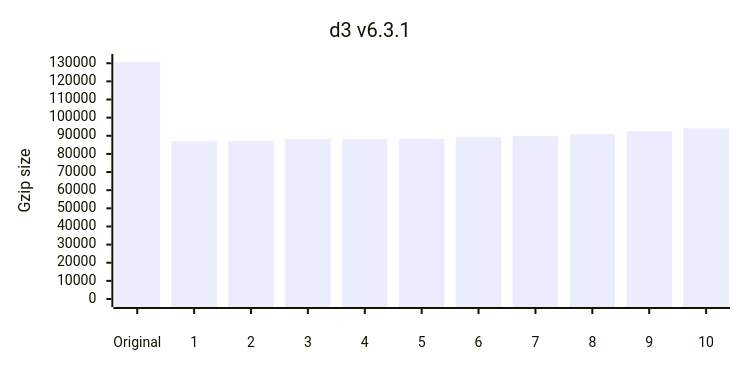
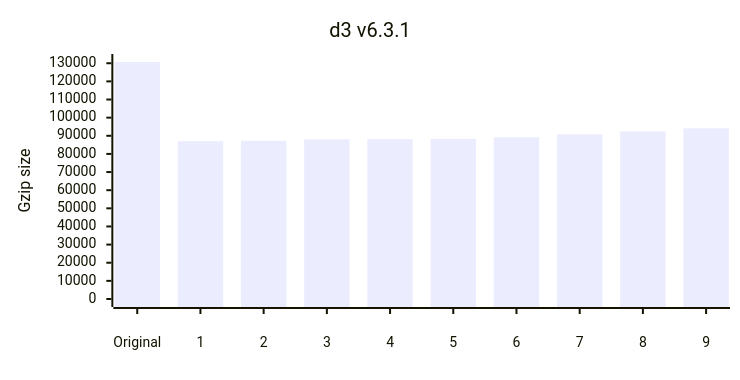
One commit to privatenumber/minification-benchmarks changed the sixth of 12 diagrams in README.md. Above: the diagram before and after it, drawn with Mermaid. The commit also changed other lines of this file and 1 other file, not shown here.

````diff
--- a/README.md
+++ b/README.md
@@ -270,17 +270,17 @@
 ```mermaid
 ---
 config:
     xyChart:
         width: 720
         height: 360
         xAxis:
             labelPadding: 20
         yAxis:
             labelPadding: 10
 ---
 xychart-beta
 	title "d3 v6.3.1"
-	x-axis ["Original",1,2,3,4,5,6,7,8,9,10]
+	x-axis ["Original",1,2,3,4,5,6,7,8,9]
 	y-axis "Gzip size" 0 --> 130686
-	bar [130686,87016,87229,88087,88162,88319,89156,89891,90800,92395,94121]
+	bar [130686,87016,87229,88087,88162,88319,89156,90800,92395,94121]
 ```
````
